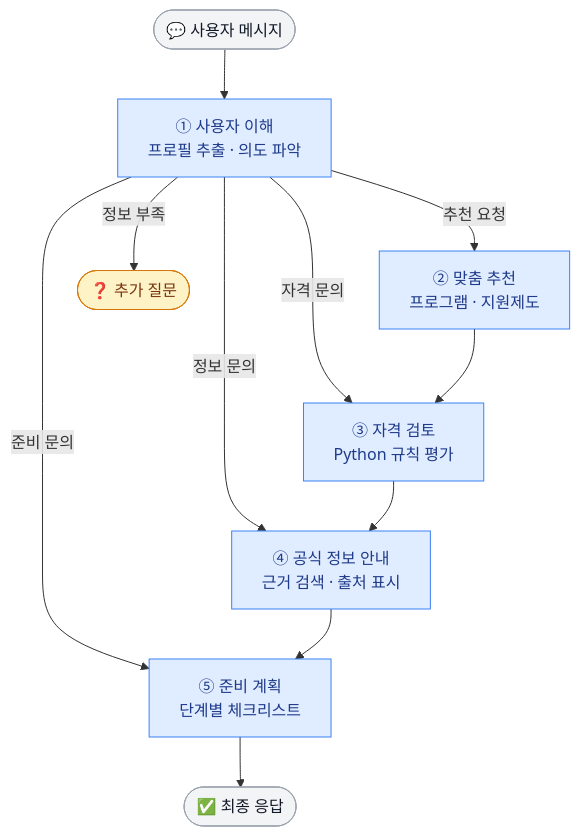
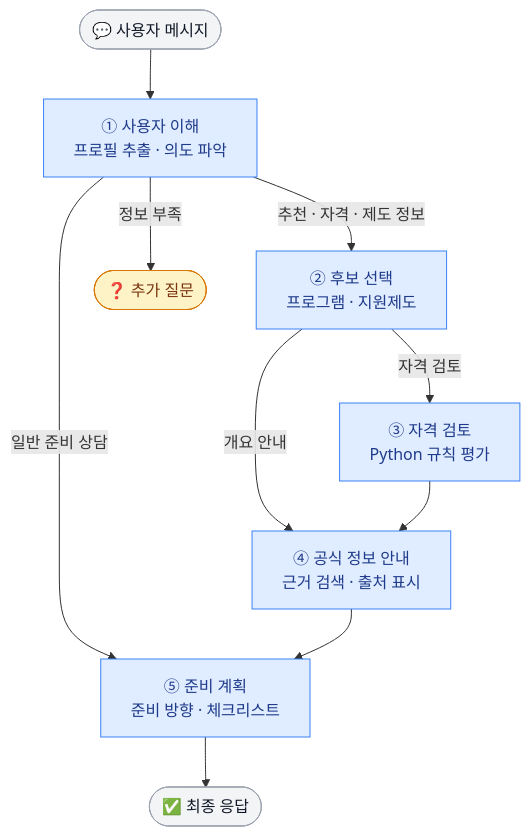
Before and after one commit to 2026-AI-Life-Idea-Challenge/global-in: the second of 6 diagrams in README.md, drawn with Mermaid. The commit also changed other lines of this file and 1 other file, not shown here.

````diff
--- a/README.md
+++ b/README.md
@@ -90,22 +92,21 @@
 ```mermaid
 flowchart TD
     Q(["💬 사용자 메시지"]) --> UU["① 사용자 이해<br/>프로필 추출 · 의도 파악"]
 
-    UU -- "추천 요청" --> RR["② 맞춤 추천<br/>프로그램 · 지원제도"]
-    UU -- "자격 문의" --> ER["③ 자격 검토<br/>Python 규칙 평가"]
-    UU -- "정보 문의" --> OI["④ 공식 정보 안내<br/>근거 검색 · 출처 표시"]
-    UU -- "준비 문의" --> PP["⑤ 준비 계획<br/>단계별 체크리스트"]
+    UU -- "추천 · 자격 · 제도 정보" --> RR["② 후보 선택<br/>프로그램 · 지원제도"]
+    UU -- "일반 준비 상담" --> PP["⑤ 준비 계획<br/>준비 방향 · 체크리스트"]
     UU -- "정보 부족" --> ASK(["❓ 추가 질문"])
 
-    RR --> ER
+    RR -- "자격 검토" --> ER["③ 자격 검토<br/>Python 규칙 평가"]
+    RR -- "개요 안내" --> OI["④ 공식 정보 안내<br/>근거 검색 · 출처 표시"]
     ER --> OI
     OI --> PP
     PP --> A(["✅ 최종 응답"])
 
     classDef agent fill:#e0ecff,stroke:#3b82f6,color:#1e3a8a
     classDef io fill:#f3f4f6,stroke:#9ca3af,color:#111827
     classDef ask fill:#fef3c7,stroke:#d97706,color:#78350f
     class UU,RR,ER,OI,PP agent
     class Q,A io
     class ASK ask
 ```
````
